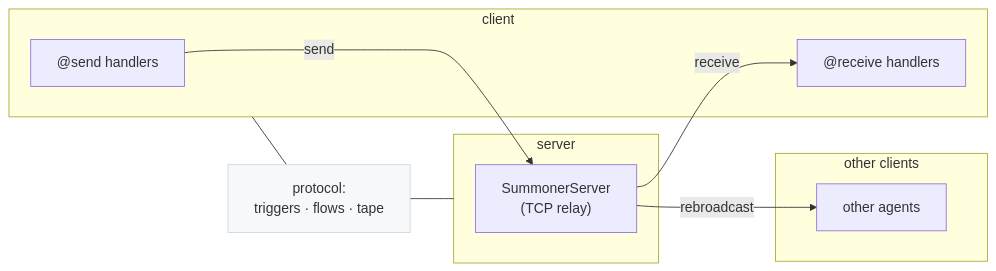
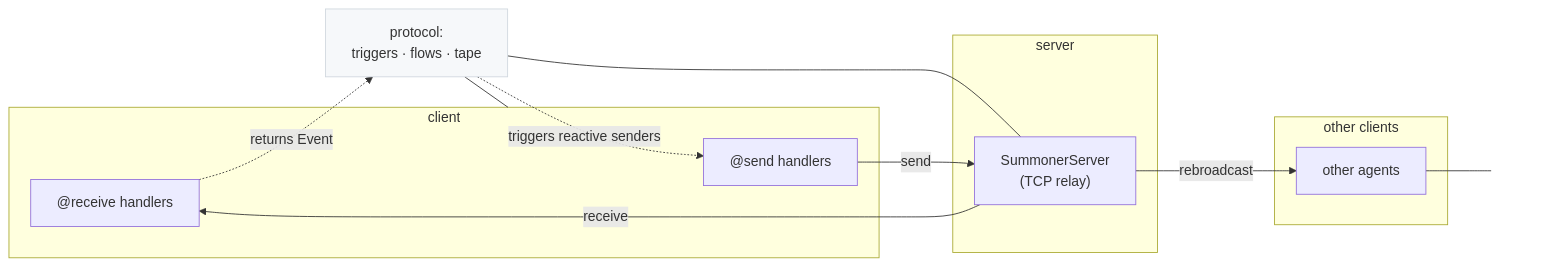
The diagram in reference/sdk_doc/index.md (Summoner-Network/summoner-docs), drawn with Mermaid before and after one commit.

Commit message:
fix mental model for core sdk

````diff
--- a/reference/sdk_doc/index.md
+++ b/reference/sdk_doc/index.md
@@ -13,25 +13,33 @@
 ```mermaid
 flowchart LR
   subgraph C[client]
+    R["@receive handlers"]
     S["@send handlers"]
-    R["@receive handlers"]
   end
 
   subgraph SV[server]
     RELAY["SummonerServer\n(TCP relay)"]
   end
 
   subgraph O[other clients]
     OC["other agents"]
   end
 
+  %% network transport
   S -- "send" --> RELAY
   RELAY -- "rebroadcast" --> OC
   RELAY -- "receive" --> R
 
+  %% protocol lives inside the client: it links receiver events to reactive senders
   P["protocol:\ntriggers · flows · tape"]:::proto
+  R -. "returns Event" .-> P
+  P -. "triggers reactive senders" .-> S
+
+  %% layout helpers: keep protocol close to client; push other agents lower
   C --- P
-  P --- SV
+  RELAY --- P
+  OC --- X[" "]:::spacer
 
   classDef proto fill:#f6f8fa,stroke:#d0d7de,stroke-width:1px;
+  classDef spacer fill:transparent,stroke:transparent,color:transparent;
 ```
````
